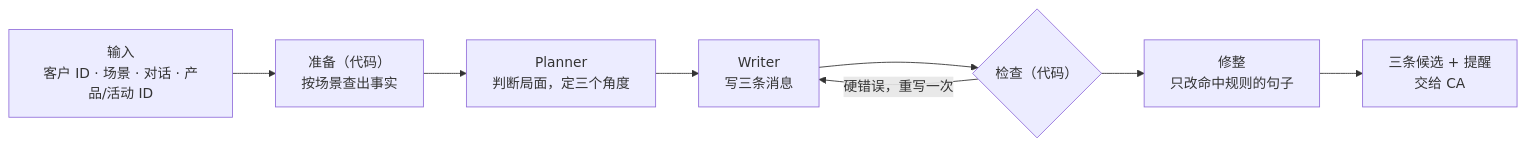
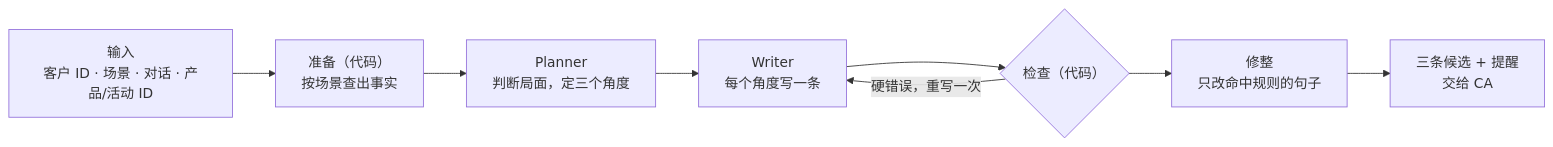
Before and after one commit to Jamieee0531/lacaze-advisor: the diagram in deliverables/B_methodology/1_tool_design.zh-CN.md, drawn with Mermaid. The commit also changed other lines of this file, not shown here.

````diff
--- a/deliverables/B_methodology/1_tool_design.zh-CN.md
+++ b/deliverables/B_methodology/1_tool_design.zh-CN.md
@@ -12,10 +12,10 @@
 ```mermaid
 flowchart LR
     I["输入<br/>客户 ID · 场景 · 对话 · 产品/活动 ID"] --> P["准备（代码）<br/>按场景查出事实"]
     P --> PL["Planner<br/>判断局面，定三个角度"]
-    PL --> W["Writer<br/>写三条消息"]
+    PL --> W["Writer<br/>每个角度写一条"]
     W --> G{"检查（代码）"}
     G -- 硬错误，重写一次 --> W
     G --> PO["修整<br/>只改命中规则的句子"]
     PO --> O["三条候选 + 提醒<br/>交给 CA"]
 ```
````
